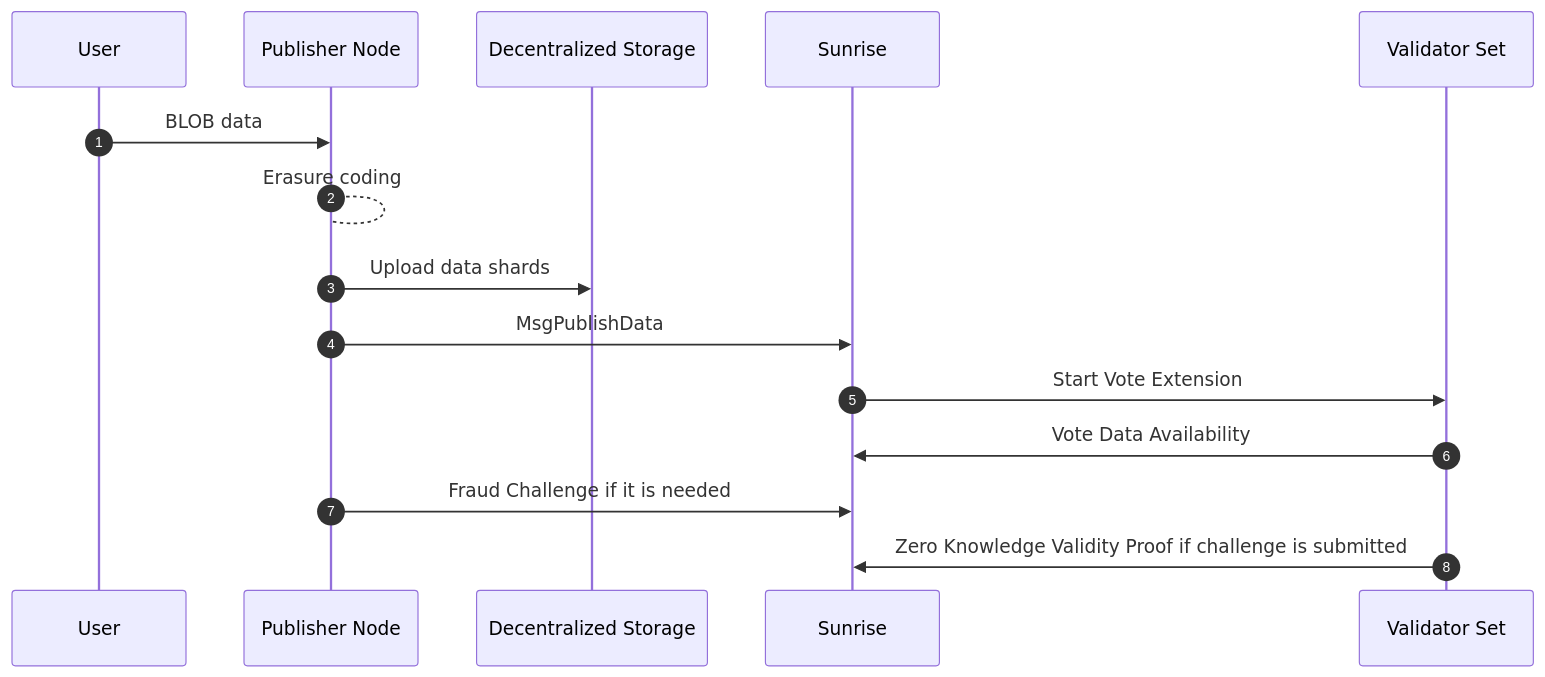
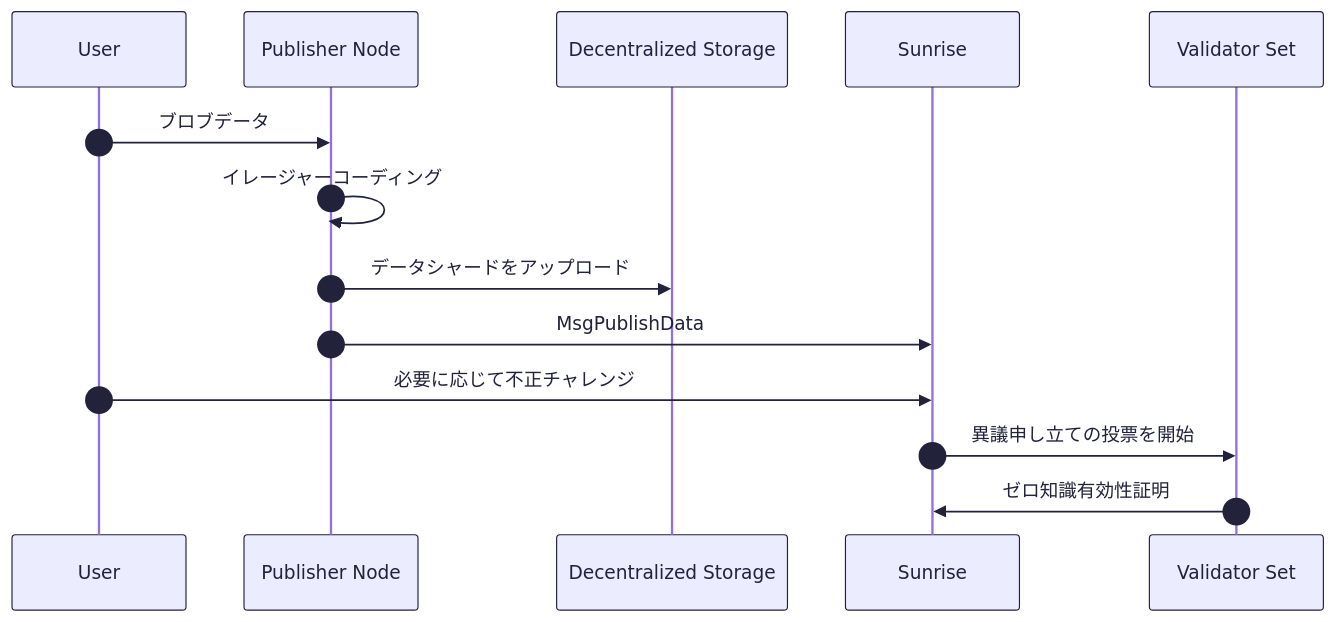
Before and after one commit to sunriselayer/gitbook: the second of 2 diagrams in ja/learn/sunrise/data-availability.md, drawn with Mermaid. The commit also changed other lines of this file and 106 other files, not shown here.

````diff
--- a/ja/learn/sunrise/data-availability.md
+++ b/ja/learn/sunrise/data-availability.md
@@ -75,12 +93,23 @@
 ```mermaid
+%%{init: {"theme": "default", "themeVariables": {
+  "background": "transparent",
+  "primaryColor": "#22223b",
+  "primaryTextColor": "#22223b",
+  "lineColor": "#22223b",
+  "textColor": "#22223b",
+  "actorBorder": "#22223b",
+  "actorTextColor": "#22223b",
+  "sequenceNumberColor": "#22223b",
+  "messageTextColor": "#22223b",
+  "signalColor": "#22223b"
+}}}%%
 sequenceDiagram
     autonumber
-    User ->> Publisher Node: BLOB data
-    Publisher Node --> Publisher Node: Erasure coding
-    Publisher Node ->> Decentralized Storage: Upload data shards
-    Publisher Node ->> Sunrise: MsgPublishData
-    Sunrise ->> Validator Set: Start Vote Extension
-    Validator Set ->> Sunrise: Vote Data Availability
-    Publisher Node ->> Sunrise: Fraud Challenge if it is needed
-    Validator Set ->> Sunrise: Zero Knowledge Validity Proof if challenge is submitted
+    User->>Publisher Node: ブロブデータ
+    Publisher Node->>Publisher Node: イレージャーコーディング
+    Publisher Node->>Decentralized Storage: データシャードをアップロード
+    Publisher Node->>Sunrise: MsgPublishData
+    User->>Sunrise: 必要に応じて不正チャレンジ
+    Sunrise->>Validator Set: 異議申し立ての投票を開始
+    Validator Set->>Sunrise: ゼロ知識有効性証明
 ```
````
